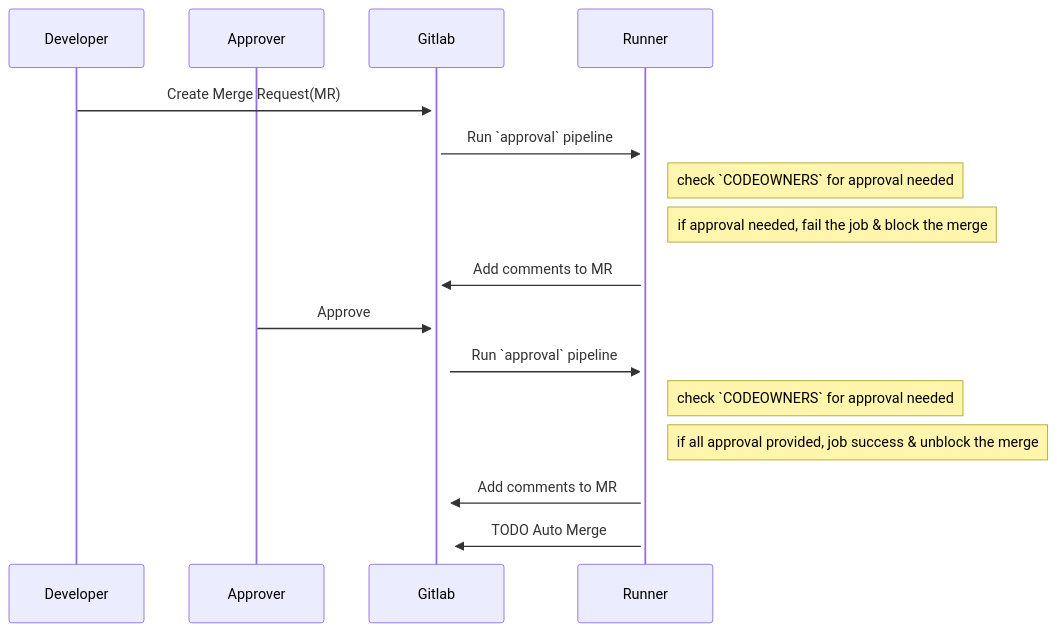
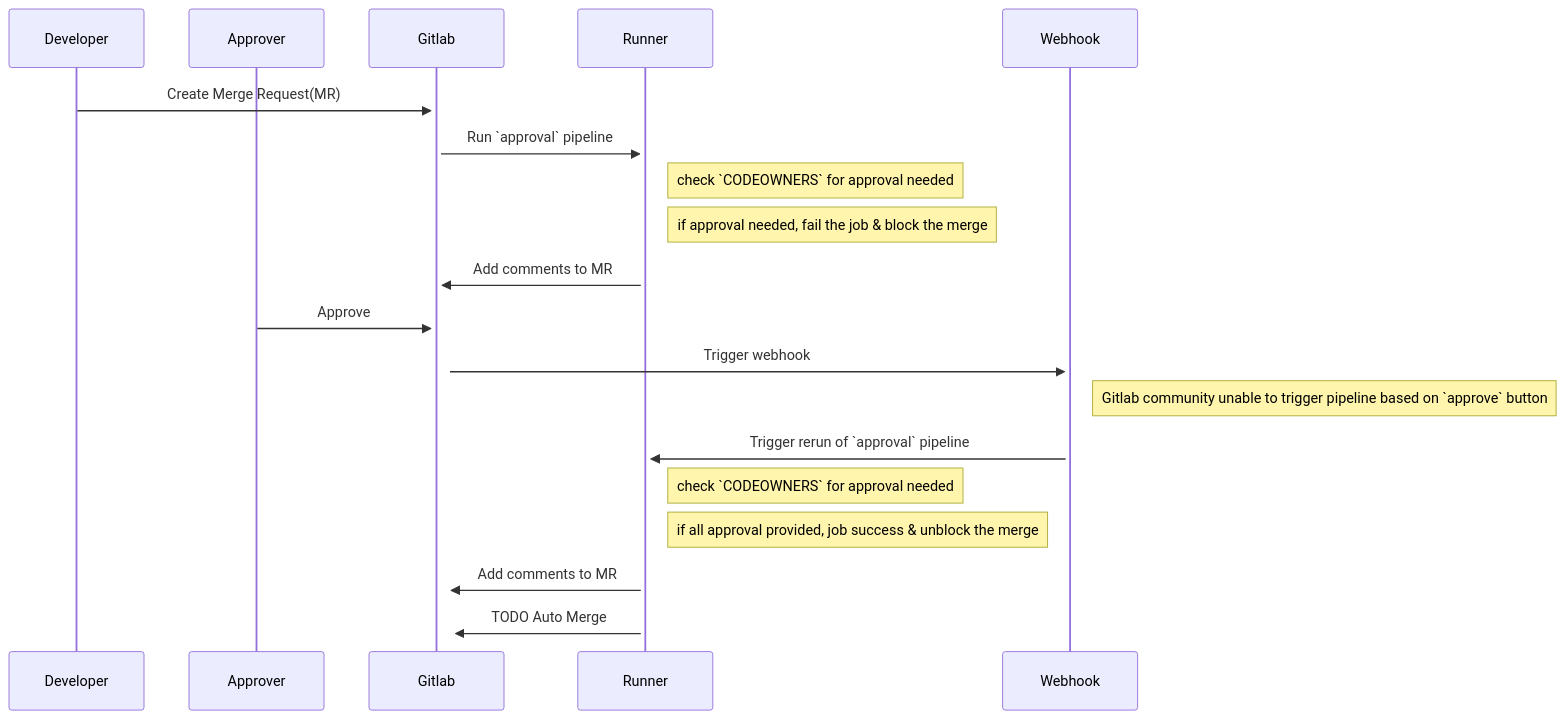
Before and after one commit to dicksontung/gitlab-approval: the diagram in README.md, drawn with Mermaid.

````diff
--- a/README.md
+++ b/README.md
@@ -5,16 +5,18 @@
 ```mermaid
 sequenceDiagram
     participant Developer
     participant Approver
     Developer->>+Gitlab: Create Merge Request(MR)
     Gitlab->>+Runner: Run `approval` pipeline
     Note right of Runner: check `CODEOWNERS` for approval needed
     Note right of Runner: if approval needed, fail the job & block the merge
     Runner->>+Gitlab: Add comments to MR
     Approver->>+Gitlab: Approve
-    Gitlab->>+Runner: Run `approval` pipeline
+    Gitlab->>+Webhook: Trigger webhook
+    Note right of Webhook: Gitlab community unable to trigger pipeline based on `approve` button
+    Webhook->>Runner: Trigger rerun of `approval` pipeline
     Note right of Runner: check `CODEOWNERS` for approval needed
     Note right of Runner: if all approval provided, job success & unblock the merge
     Runner->>+Gitlab: Add comments to MR
     Runner->>+Gitlab: TODO Auto Merge
 ```
````
